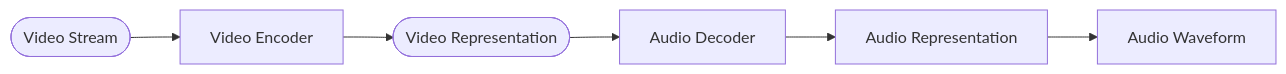
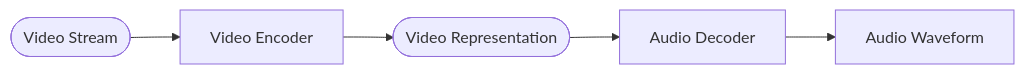
One commit to cosmicBboy/movenet changed the diagram in RESEARCH.md. Above: the diagram before and after it, drawn with Mermaid. The commit also changed other lines of this file and 2 other files, not shown here.

````diff
--- a/RESEARCH.md
+++ b/RESEARCH.md
@@ -26,8 +32,7 @@
 ```mermaid
 graph LR;
     vid_stream([Video Stream]) --> vid_enc[Video Encoder];
     vid_enc --> vid_repr([Video Representation]);
     vid_repr --> audio_dec[Audio Decoder];
-    audio_dec --> audio_repr[Audio Representation];
-    audio_repr --> audio_wav[Audio Waveform];
+    audio_dec --> audio_wav[Audio Waveform];
 ```
````
